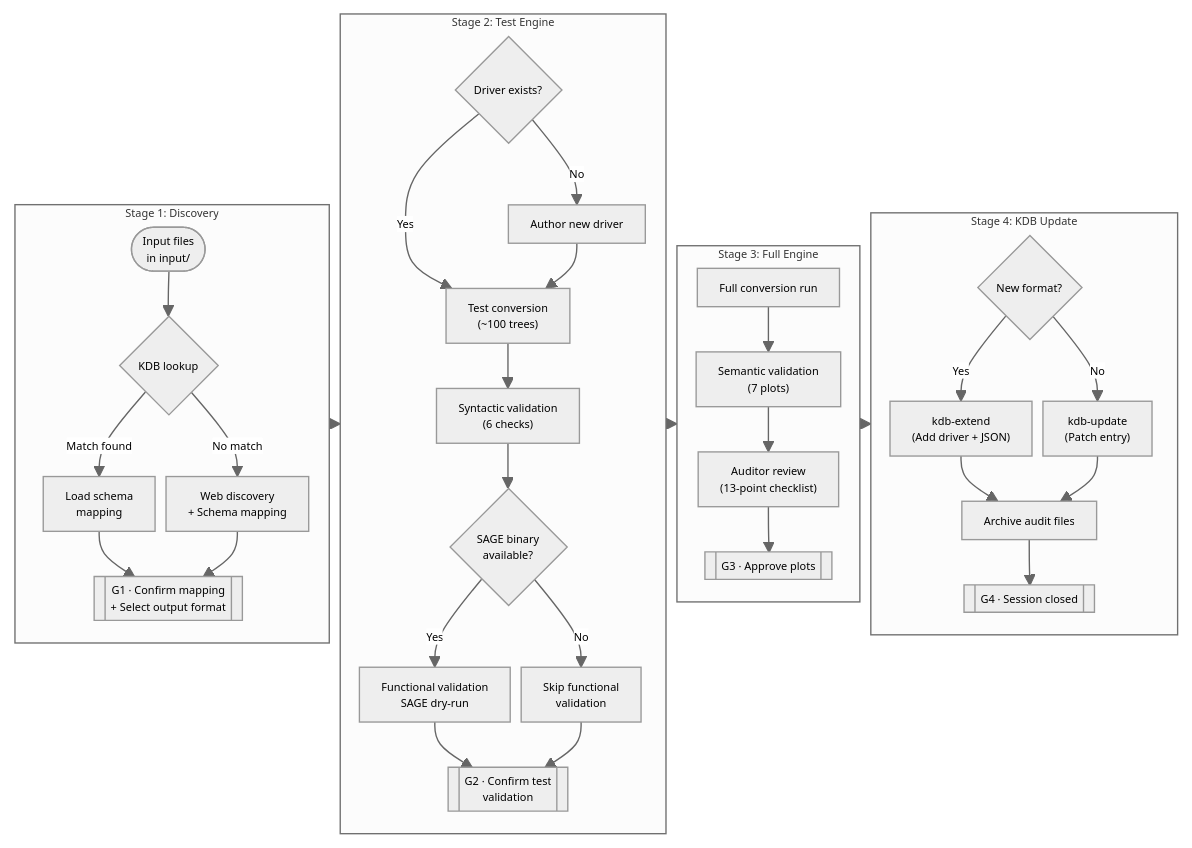
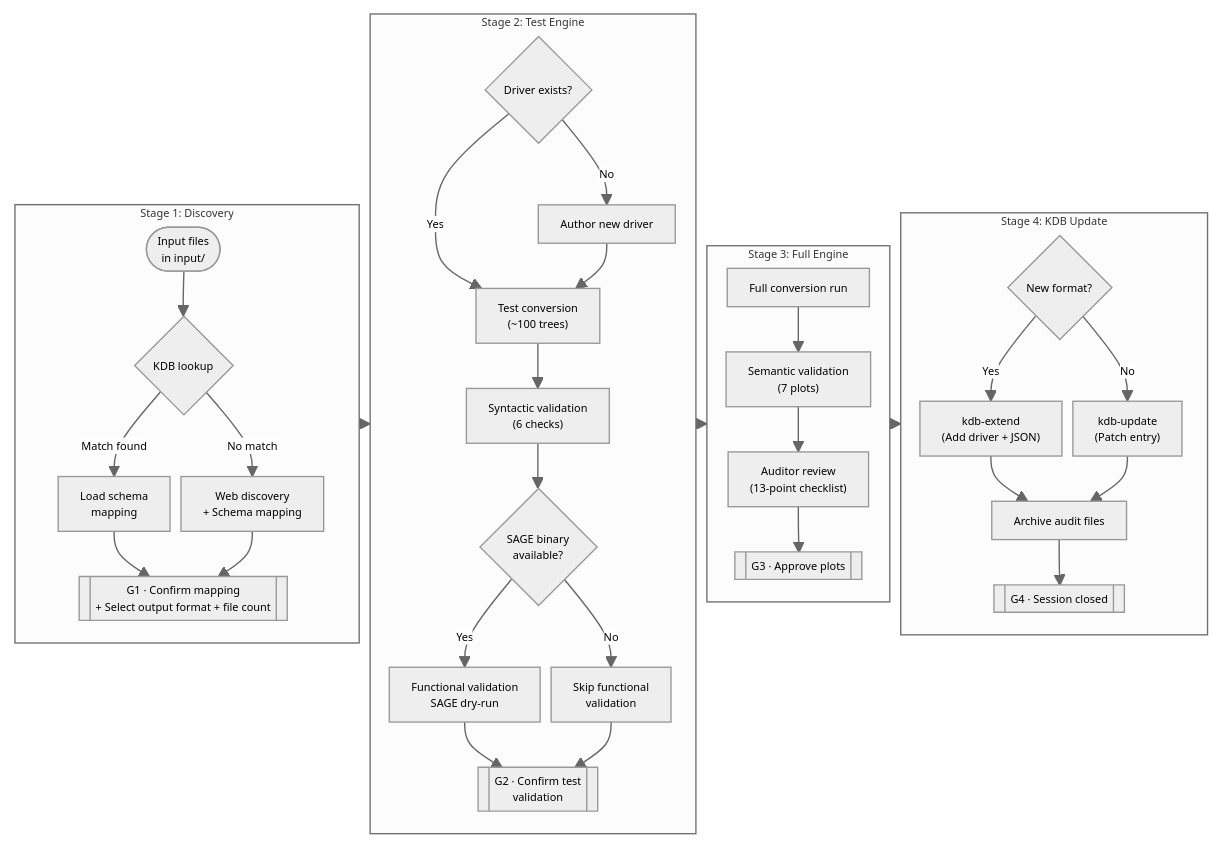
One commit to robmost/sage_tree_converter changed the diagram in README.md. Above: the diagram before and after it, drawn with Mermaid. The commit also changed other lines of this file and 16 other files, not shown here.

````diff
--- a/README.md
+++ b/README.md
@@ -46,54 +46,54 @@
 ```mermaid
 ---
 config:
     theme: neutral
     flowchart:
         rankSpacing:  8
         nodeSpacing: 8
         padding: 8
         curve: basis
     themeVariables:
         fontSize: 8px
 ---
 flowchart LR
     subgraph s1["Stage 1: Discovery"]
         direction TB
         a(["Input files<br/>in input/"]) --> b{"KDB lookup"}
         b -- "Match found" --> c["Load schema<br/>mapping"]
         b -- "No match" --> d["Web discovery<br/>+ Schema mapping"]
-        c & d --> g1[["G1 · Confirm mapping<br/>+ Select output format"]]
+        c & d --> g1[["G1 · Confirm mapping<br/>+ Select output format + file count"]]
     end
 
     subgraph s2["Stage 2: Test Engine"]
         direction TB
         e{"Driver exists?"}
         e -- "Yes" --> f["Test conversion<br/>(~100 trees)"]
         e -- "No" --> g["Author new driver"] --> f
         f --> h["Syntactic validation<br/>(6 checks)"]
         h --> i{"SAGE binary<br/>available?"}
         i -- "Yes" --> j["Functional validation<br/>SAGE dry-run"]
         i -- "No" --> k["Skip functional<br/>validation"]
         j & k --> g2[["G2 · Confirm test<br/>validation"]]
     end
 
     subgraph s3["Stage 3: Full Engine"]
         direction TB
         l["Full conversion run"]
         l --> m["Semantic validation<br/>(7 plots)"]
         m --> n["Auditor review<br/>(13-point checklist)"]
         n --> g3[["G3 · Approve plots"]]
     end
 
     subgraph s4["Stage 4: KDB Update"]
         direction TB
         o{"New format?"}
         o -- "Yes" --> p["kdb-extend<br/>(Add driver + JSON)"]
         o -- "No" --> q["kdb-update<br/>(Patch entry)"]
         p & q --> r["Archive audit files"]
         r --> g4[["G4 · Session closed"]]
     end
 
     s1 --> s2
     s2 --> s3
     s3 --> s4
 ```
````
